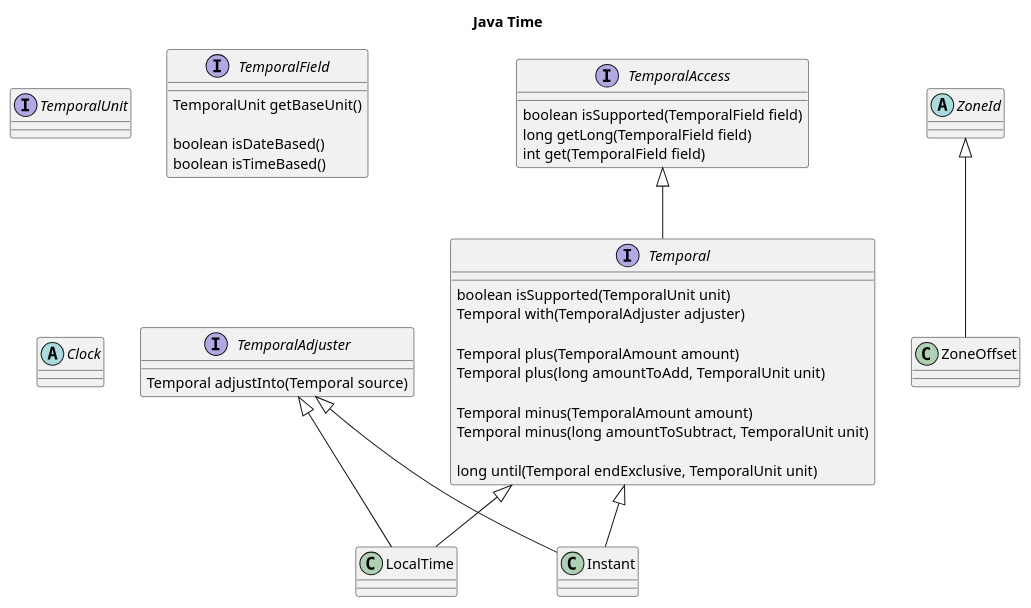
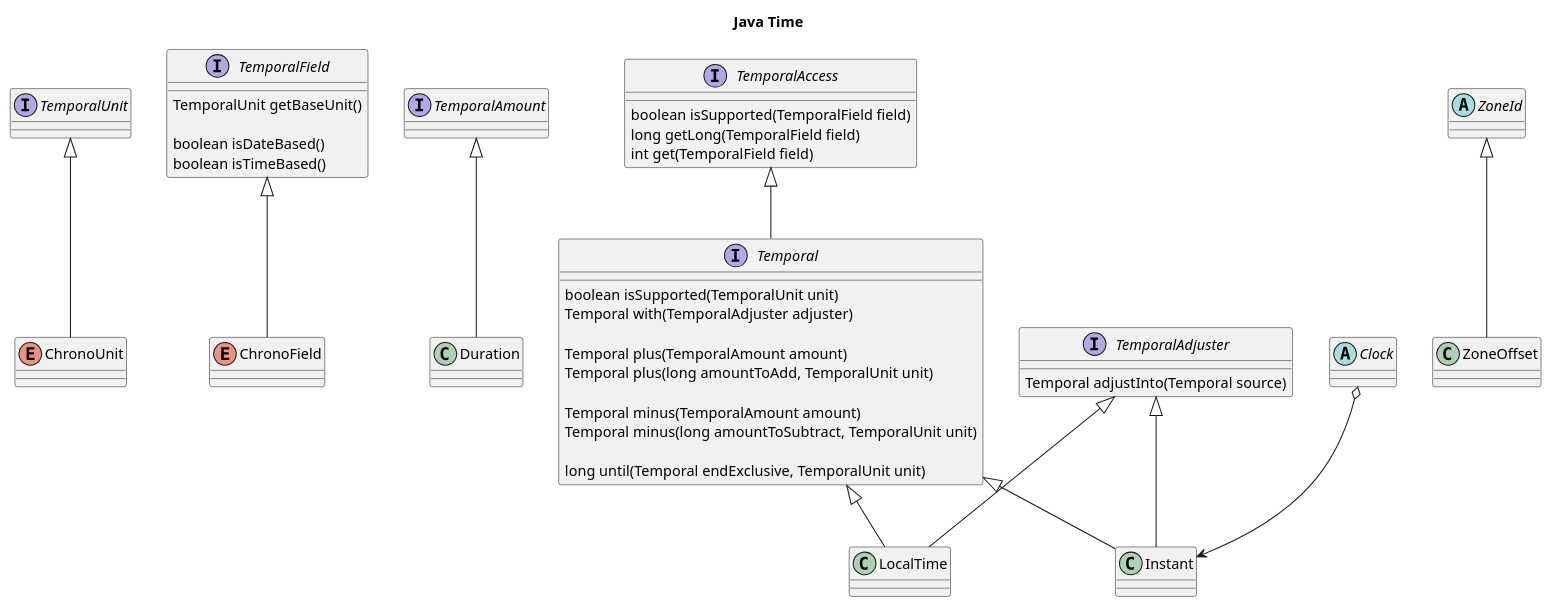
The diagram in src/main/java/com/ifan112/demo/java/time/time.puml (ifan112/demo-java), drawn with PlantUML before and after one commit.

Commit message:
优化time相关类关系图

```diff
--- a/src/main/java/com/ifan112/demo/java/time/time.puml
+++ b/src/main/java/com/ifan112/demo/java/time/time.puml
@@ -1,76 +1,97 @@
 @startuml
 'https://plantuml.com/class-diagram
 
 title Java Time
 
 '时间单位
 interface TemporalUnit
 
+enum ChronoUnit {}
+
+TemporalUnit <|-- ChronoUnit
+
+
 '日期或时间的字段
 interface TemporalField {
     TemporalUnit getBaseUnit()
 
     boolean isDateBased()
     boolean isTimeBased()
 }
+
+enum ChronoField {}
+
+TemporalField <|-- ChronoField
+
+
+interface TemporalAmount {}
+
+class Duration {
+}
+
+TemporalAmount <|-- Duration
+
 
 '日期和时间对象的只读访问接口
 interface TemporalAccess {
     boolean isSupported(TemporalField field)
     long getLong(TemporalField field)
     int get(TemporalField field)
 }
 
 '时间调整器
 interface TemporalAdjuster {
     Temporal adjustInto(Temporal source)
 }
 
 interface Temporal {
     boolean isSupported(TemporalUnit unit)
     Temporal with(TemporalAdjuster adjuster)
 
     Temporal plus(TemporalAmount amount)
     Temporal plus(long amountToAdd, TemporalUnit unit)
 
     Temporal minus(TemporalAmount amount)
     Temporal minus(long amountToSubtract, TemporalUnit unit)
 
     long until(Temporal endExclusive, TemporalUnit unit)
 }
 
 TemporalAccess <|-- Temporal
 
 
 
 class LocalTime {
 }
 
 Temporal <|-- LocalTime
 TemporalAdjuster <|-- LocalTime
 
 ''''''''''''''' 时区相关 '''''''''''''''
 
 abstract class ZoneId {
 }
 
 class ZoneOffset {
 }
 
 ZoneId <|-- ZoneOffset
 
 
 ''''''''''''''' 时刻相关 '''''''''''''''
 
 abstract class Clock {
 }
 
 '时刻
 class Instant {
 
 }
 
+'聚合。Instant 通常基于 Clock 创建的
+Clock o--> Instant
+
 Temporal <|-- Instant
 TemporalAdjuster <|-- Instant
 
 @enduml
```
